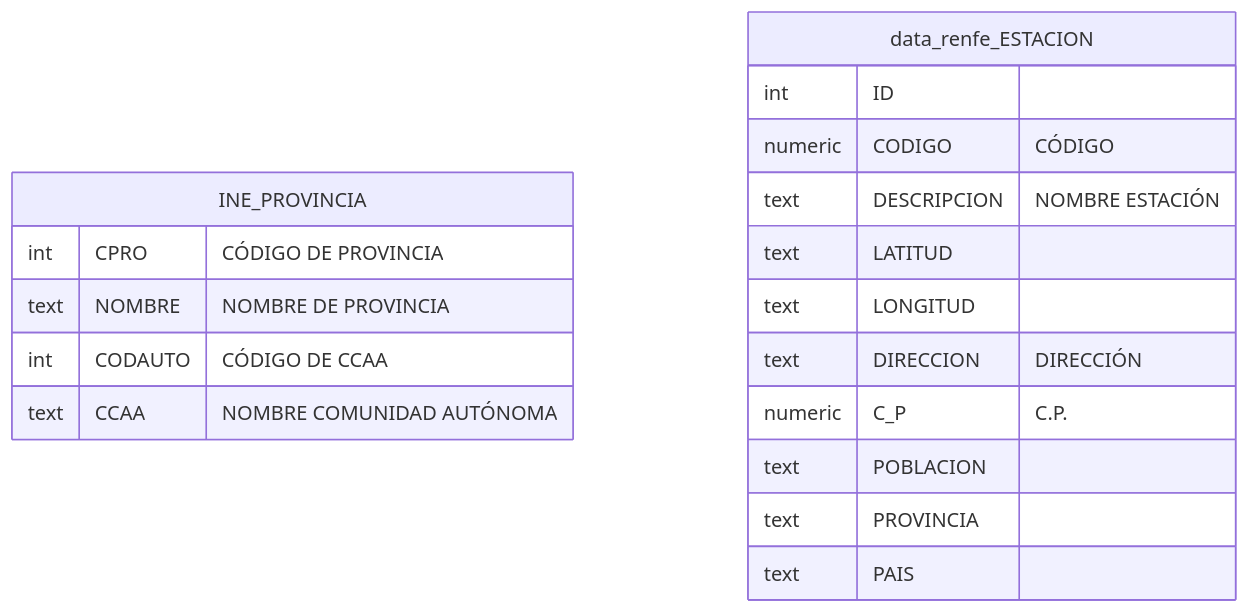
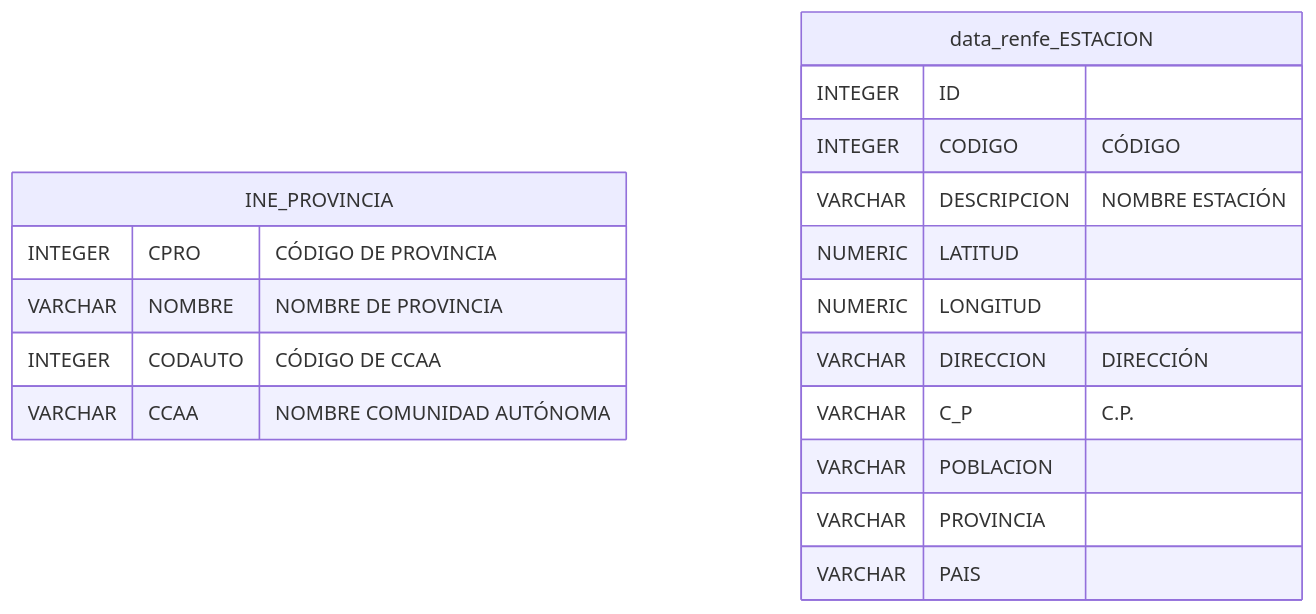
One commit to xXaceitunaXx/Tren-ES changed the second of 4 diagrams in docs/EsquemasOrigen.md. Above: the diagram before and after it, drawn with Mermaid. The commit also changed other lines of this file and 4 other files, not shown here.

````diff
--- a/docs/EsquemasOrigen.md
+++ b/docs/EsquemasOrigen.md
@@ -47,22 +47,22 @@
 ```mermaid
 erDiagram
     INE_PROVINCIA {
-        int CPRO "CÓDIGO DE PROVINCIA"
-        text NOMBRE "NOMBRE DE PROVINCIA"
-        int CODAUTO "CÓDIGO DE CCAA"
-        text CCAA "NOMBRE COMUNIDAD AUTÓNOMA"
+        INTEGER CPRO "CÓDIGO DE PROVINCIA"
+        VARCHAR NOMBRE "NOMBRE DE PROVINCIA"
+        INTEGER CODAUTO "CÓDIGO DE CCAA"
+        VARCHAR CCAA "NOMBRE COMUNIDAD AUTÓNOMA"
     }
 
     data_renfe_ESTACION {
-        int ID
-        numeric CODIGO "CÓDIGO"
-        text DESCRIPCION "NOMBRE ESTACIÓN"
-        text LATITUD
-        text LONGITUD
-        text DIRECCION "DIRECCIÓN"
-        numeric C_P "C.P."
-        text POBLACION
-        text PROVINCIA
-        text PAIS
+        INTEGER ID
+        INTEGER CODIGO "CÓDIGO"
+        VARCHAR DESCRIPCION "NOMBRE ESTACIÓN"
+        NUMERIC LATITUD
+        NUMERIC LONGITUD
+        VARCHAR DIRECCION "DIRECCIÓN"
+        VARCHAR C_P "C.P."
+        VARCHAR POBLACION
+        VARCHAR PROVINCIA
+        VARCHAR PAIS
     }
 ```
````
